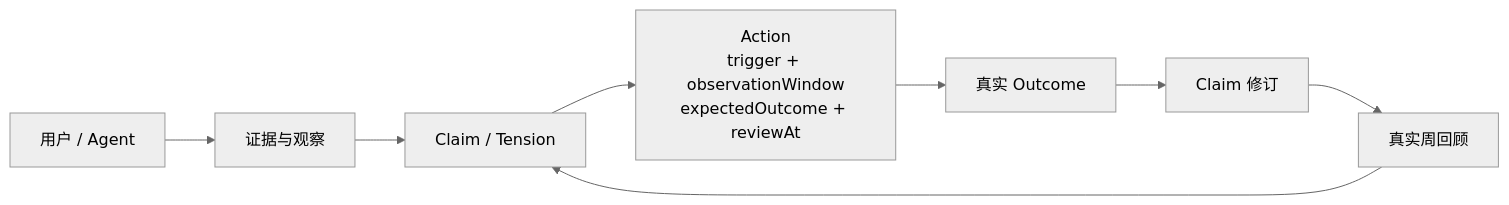
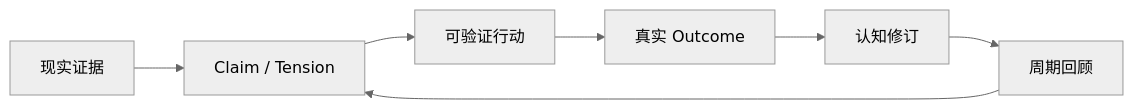
Before and after one commit to baizhuo-AI/Latitude: the first of 2 diagrams in README.md, drawn with Mermaid (neutral theme). The commit also changed other lines of this file, not shown here.

Commit message:
docs(readme): clarify product setup and architecture

````diff
--- a/README.md
+++ b/README.md
@@ -70,10 +82,9 @@
 ```mermaid
 flowchart LR
-  U["用户 / Agent"] --> E["证据与观察"]
-  E --> C["Claim / Tension"]
-  C --> A["Action<br/>trigger + observationWindow<br/>expectedOutcome + reviewAt"]
+  E["现实证据"] --> C["Claim / Tension"]
+  C --> A["可验证行动"]
   A --> O["真实 Outcome"]
-  O --> R["Claim 修订"]
-  R --> W["真实周回顾"]
+  O --> R["认知修订"]
+  R --> W["周期回顾"]
   W --> C
 ```
````
